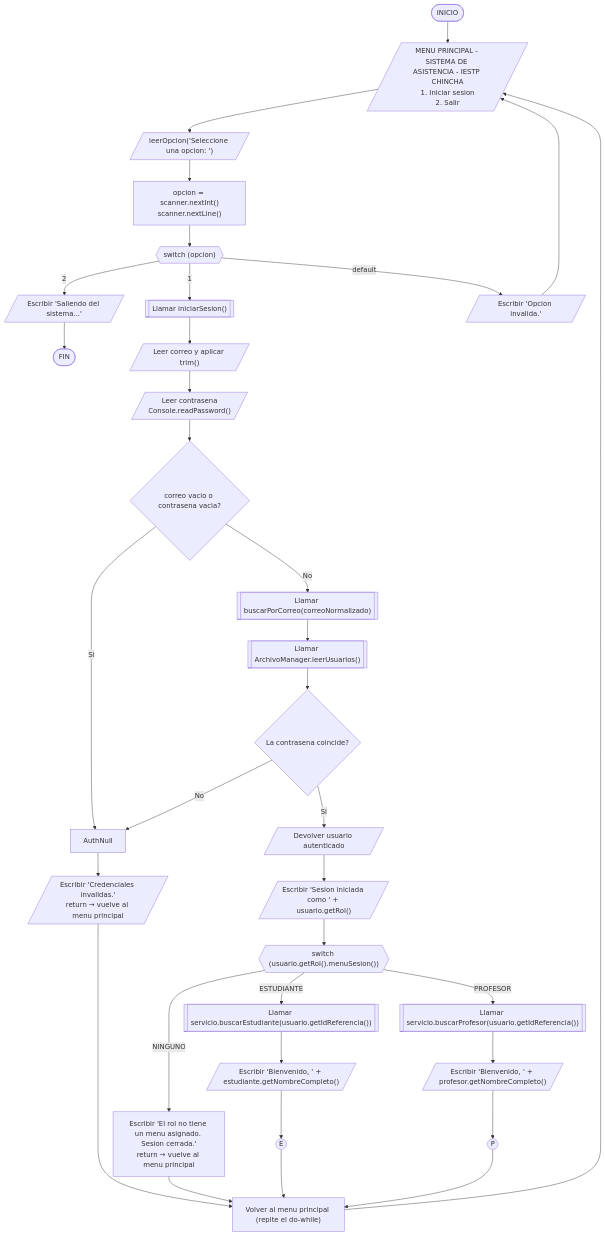
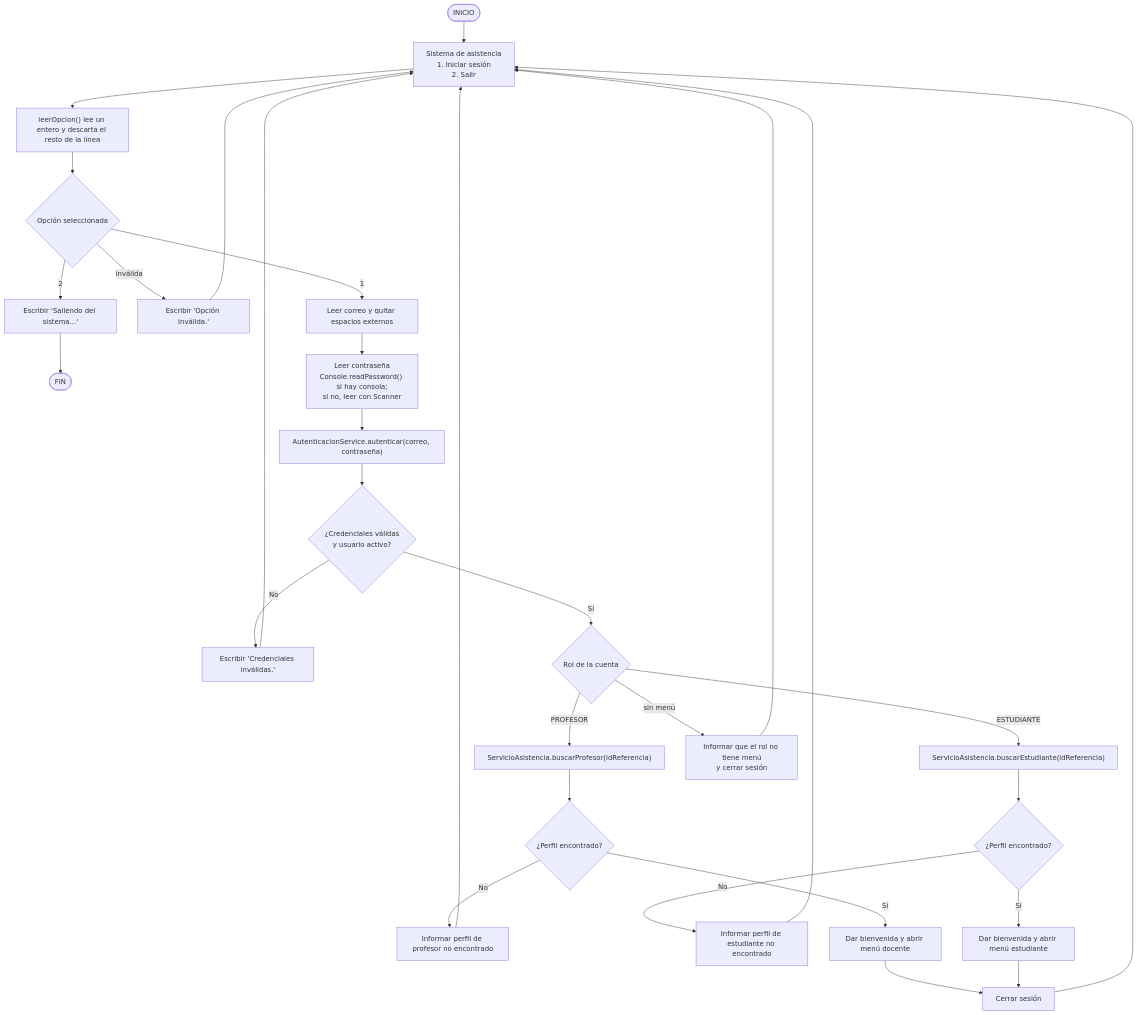
One commit to Aireck2/take-attendance-java changed the diagram in docs/diagrams/flujo_inicio_sesion.mmd. Above: the diagram before and after it, drawn with Mermaid. The commit also changed 4 other files, not shown here.

Commit message:
feat:(docs/diagrams): update flowchart/class diagrams

```diff
--- a/docs/diagrams/flujo_inicio_sesion.mmd
+++ b/docs/diagrams/flujo_inicio_sesion.mmd
@@ -1,46 +1,25 @@
 ---
 config:
   theme: default
 ---
 flowchart TB
-    Menu[/"MENU PRINCIPAL - SISTEMA DE ASISTENCIA - IESTP CHINCHA<br>1. Iniciar sesion<br>2. Salir"/] --> LeerOp@{ label: "leerOpcion('Seleccione una opcion: ')" }
-    LeerOp --> LeerInt["opcion = scanner.nextInt()<br>scanner.nextLine()"]
-    LeerInt --> Switch{{"switch (opcion)"}}
-    Switch -- 1 --> CallSesion[["Llamar iniciarSesion()"]]
-    Switch -- 2 --> Salir@{ label: "Escribir 'Saliendo del sistema...'" }
-    Switch -- default --> OpInvalida@{ label: "Escribir 'Opcion invalida.'" }
-    OpInvalida --> Menu
-    Salir --> Fin(["FIN"])
-    CallSesion --> ReadCorreo[/"Leer correo y aplicar trim()"/]
-    ReadCorreo --> ReadPass[/"Leer contrasena<br>Console.readPassword()"/]
-    ReadPass --> Vacias{"correo vacio o contrasena vacia?"}
-    Vacias -- Si --> AuthNull["AuthNull"]
-    Vacias -- No --> CallBuscar[["Llamar buscarPorCorreo(correoNormalizado)"]]
-    CallBuscar --> LeerUsuarios[["Llamar ArchivoManager.leerUsuarios()"]]
-    LeerUsuarios --> VerifOk{"La contrasena coincide?"}
-    VerifOk -- No --> AuthNull
-    VerifOk -- Si --> AuthOk[/"Devolver usuario autenticado"/]
-    AuthNull --> CredencialesInvalidas@{ label: "Escribir 'Credenciales invalidas.'<br>return → vuelve al menu principal" }
-    CredencialesInvalidas --> VolverMenu["Volver al menu principal (repite el do-while)"]
-    AuthOk --> RolMsg@{ label: "Escribir 'Sesion iniciada como ' + usuario.getRol()" }
-    RolMsg --> SwitchRol{{"switch (usuario.getRol().menuSesion())"}}
-    SwitchRol -- PROFESOR --> CallProf[["Llamar servicio.buscarProfesor(usuario.getIdReferencia())"]]
-    SwitchRol -- ESTUDIANTE --> CallEst[["Llamar servicio.buscarEstudiante(usuario.getIdReferencia())"]]
-    SwitchRol -- NINGUNO --> RolSinMenu@{ label: "Escribir 'El rol no tiene un menu asignado. Sesion cerrada.'<br>return → vuelve al menu principal" }
-    RolSinMenu --> VolverMenu
-    CallProf --> BienvProf@{ label: "Escribir 'Bienvenido, ' + profesor.getNombreCompleto()" }
-    CallEst --> BienvEst@{ label: "Escribir 'Bienvenido, ' + estudiante.getNombreCompleto()" }
-    BienvEst --> F(("E"))
-    BienvProf --> E(("P"))
-    F --> VolverMenu
-    E --> VolverMenu
-    VolverMenu --> Menu
-    Start(["INICIO"]) --> Menu
-
-    LeerOp@{ shape: lean-r}
-    Salir@{ shape: lean-r}
-    OpInvalida@{ shape: lean-r}
-    CredencialesInvalidas@{ shape: lean-r}
-    RolMsg@{ shape: lean-r}
-    BienvProf@{ shape: lean-r}
-    BienvEst@{ shape: lean-r}
+    Inicio([INICIO]) --> Menu["Sistema de asistencia<br>1. Iniciar sesión<br>2. Salir"]
+    Menu --> LeerOpcion["leerOpcion() lee un entero y descarta el resto de la línea"]
+    LeerOpcion --> Opcion{"Opción seleccionada"}
+    Opcion -- "2" --> Salir["Escribir 'Saliendo del sistema...'"] --> Fin([FIN])
+    Opcion -- "inválida" --> ErrorOpcion["Escribir 'Opción inválida.'"] --> Menu
+    Opcion -- "1" --> Correo["Leer correo y quitar espacios externos"]
+    Correo --> Contrasena["Leer contraseña<br>Console.readPassword() si hay consola;<br>si no, leer con Scanner"]
+    Contrasena --> Auth["AutenticacionService.autenticar(correo, contraseña)"]
+    Auth --> Usuario{"¿Credenciales válidas<br>y usuario activo?"}
+    Usuario -- No --> Credenciales["Escribir 'Credenciales inválidas.'"] --> Menu
+    Usuario -- Sí --> Rol{"Rol de la cuenta"}
+    Rol -->|PROFESOR| PerfilProfesor["ServicioAsistencia.buscarProfesor(idReferencia)"]
+    Rol -->|ESTUDIANTE| PerfilEstudiante["ServicioAsistencia.buscarEstudiante(idReferencia)"]
+    Rol -->|sin menú| SinMenu["Informar que el rol no tiene menú<br>y cerrar sesión"] --> Menu
+    PerfilProfesor --> ExisteProfesor{"¿Perfil encontrado?"}
+    PerfilEstudiante --> ExisteEstudiante{"¿Perfil encontrado?"}
+    ExisteProfesor -- No --> ErrorPerfilP["Informar perfil de profesor no encontrado"] --> Menu
+    ExisteEstudiante -- No --> ErrorPerfilE["Informar perfil de estudiante no encontrado"] --> Menu
+    ExisteProfesor -- Sí --> MenuProfesor["Dar bienvenida y abrir menú docente"] --> Cierre["Cerrar sesión"] --> Menu
+    ExisteEstudiante -- Sí --> MenuEstudiante["Dar bienvenida y abrir menú estudiante"] --> Cierre
```
